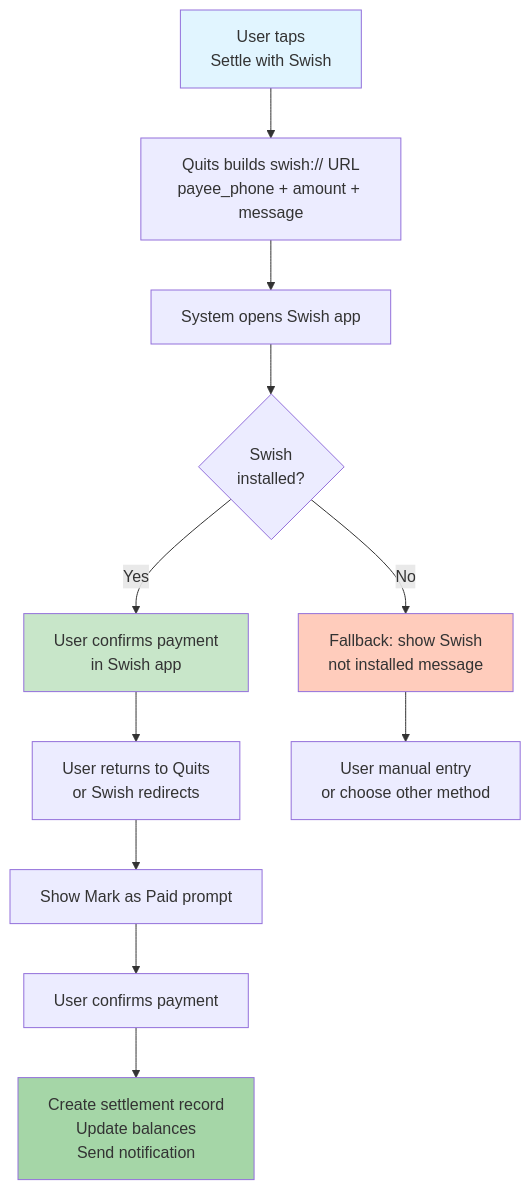
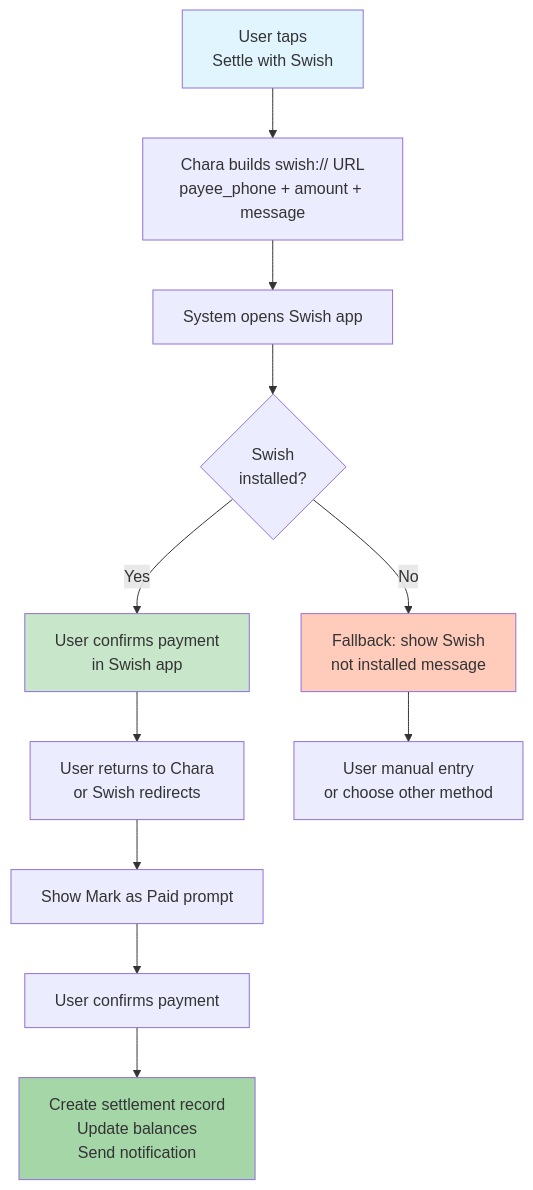
The third of 8 diagrams in docs/ux/07-balances-settle-up.md (DowLucas/chara), drawn with Mermaid before and after one commit. The commit also changed other lines of this file and 207 other files, not shown here.

````diff
--- a/docs/ux/07-balances-settle-up.md
+++ b/docs/ux/07-balances-settle-up.md
@@ -60,18 +60,18 @@
 ```mermaid
 flowchart TD
-    A["User taps<br/>Settle with Swish"] --> B["Quits builds swish:// URL<br/>payee_phone + amount + message"]
+    A["User taps<br/>Settle with Swish"] --> B["Chara builds swish:// URL<br/>payee_phone + amount + message"]
     B --> C["System opens Swish app"]
     C --> D{Swish<br/>installed?}
     D -->|Yes| E["User confirms payment<br/>in Swish app"]
     D -->|No| F["Fallback: show Swish<br/>not installed message"]
-    E --> G["User returns to Quits<br/>or Swish redirects"]
+    E --> G["User returns to Chara<br/>or Swish redirects"]
     G --> H["Show Mark as Paid prompt"]
     H --> I["User confirms payment"]
     I --> J["Create settlement record<br/>Update balances<br/>Send notification"]
     F --> K["User manual entry<br/>or choose other method"]
     
     style A fill:#e1f5ff
     style E fill:#c8e6c9
     style J fill:#a5d6a7
     style F fill:#ffccbc
 ```
````
